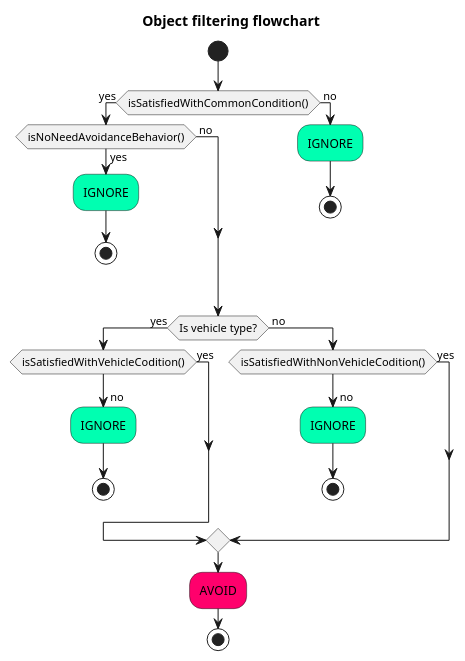
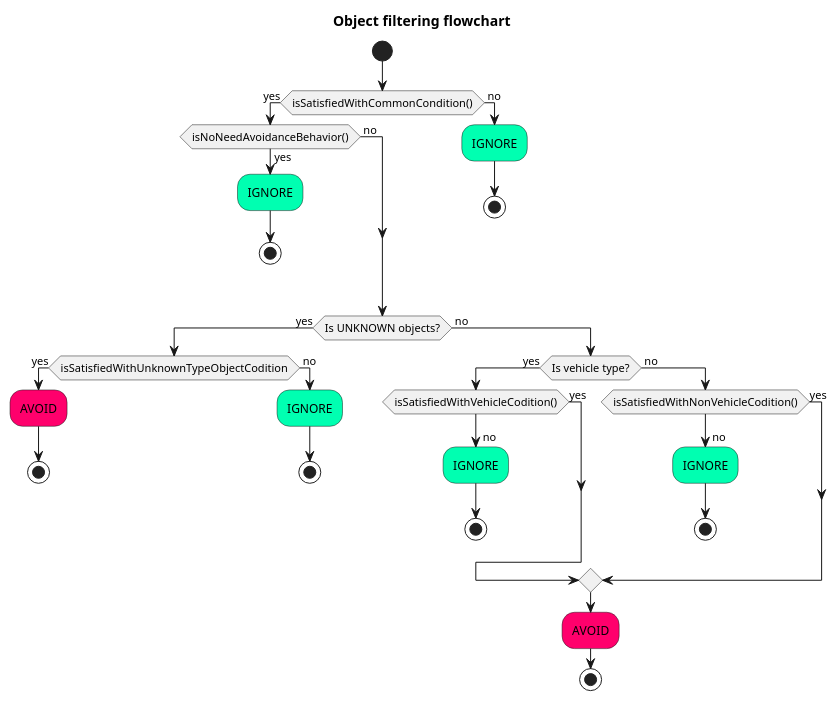
Before and after one commit to autowarefoundation/autoware.universe: the third of 9 diagrams in planning/behavior_path_planner/autoware_behavior_path_static_obstacle_avoidance_module/README.md, drawn with PlantUML. The commit also changed other lines of this file and 6 other files, not shown here.

````diff
--- a/planning/behavior_path_planner/autoware_behavior_path_static_obstacle_avoidance_module/README.md
+++ b/planning/behavior_path_planner/autoware_behavior_path_static_obstacle_avoidance_module/README.md
@@ -386,35 +386,44 @@
 ```plantuml
 @startuml
 skinparam defaultTextAlignment center
 skinparam noteTextAlignment left
 
 title Object filtering flowchart
 start
 
 if(isSatisfiedWithCommonCondition()) then (yes)
 if(isNoNeedAvoidanceBehavior()) then (yes)
 #00FFB1 :IGNORE;
 stop
 else (\n no)
 endif
 else (\n no)
 #00FFB1 :IGNORE;
 stop
 endif
+if(Is UNKNOWN objects?) then (yes)
+if(isSatisfiedWithUnknownTypeObjectCodition) then (yes)
+#FF006C :AVOID;
+stop
+else (\n no)
+#00FFB1 :IGNORE;
+stop
+endif
+else (\n no)
 if(Is vehicle type?) then (yes)
 if(isSatisfiedWithVehicleCodition()) then (yes)
 else (\n no)
 #00FFB1 :IGNORE;
 stop
 endif
 else (\n no)
 if(isSatisfiedWithNonVehicleCodition()) then (yes)
 else (\n no)
 #00FFB1 :IGNORE;
 stop
 endif
 endif
 #FF006C :AVOID;
 stop
 @enduml
 ```
````
